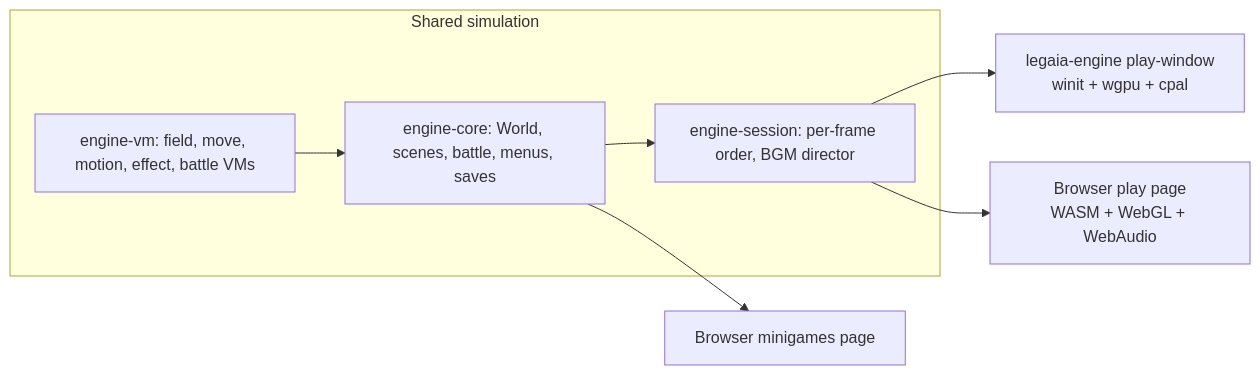
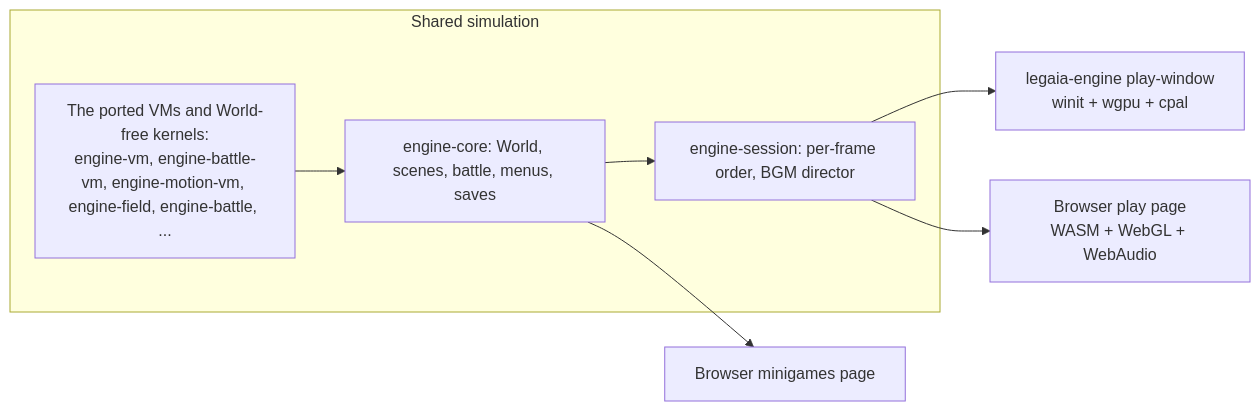
Before and after one commit to AndrewAltimit/legend-of-legaia-re: the second of 2 diagrams in README.md, drawn with Mermaid. The commit also changed other lines of this file and 4273 other files, not shown here.

````diff
--- a/README.md
+++ b/README.md
@@ -54,12 +54,12 @@
 ```mermaid
 flowchart LR
     subgraph sim["Shared simulation"]
-        vm["engine-vm: field, move, motion, effect, battle VMs"]
+        vm["The ported VMs and World-free kernels:<br/>engine-vm, engine-battle-vm, engine-motion-vm, engine-field, engine-battle, ..."]
         core["engine-core: World, scenes, battle, menus, saves"]
         session["engine-session: per-frame order, BGM director"]
         vm --> core --> session
     end
     session --> native["legaia-engine play-window<br/>winit + wgpu + cpal"]
     session --> web["Browser play page<br/>WASM + WebGL + WebAudio"]
     core --> mini["Browser minigames page"]
 ```
````
